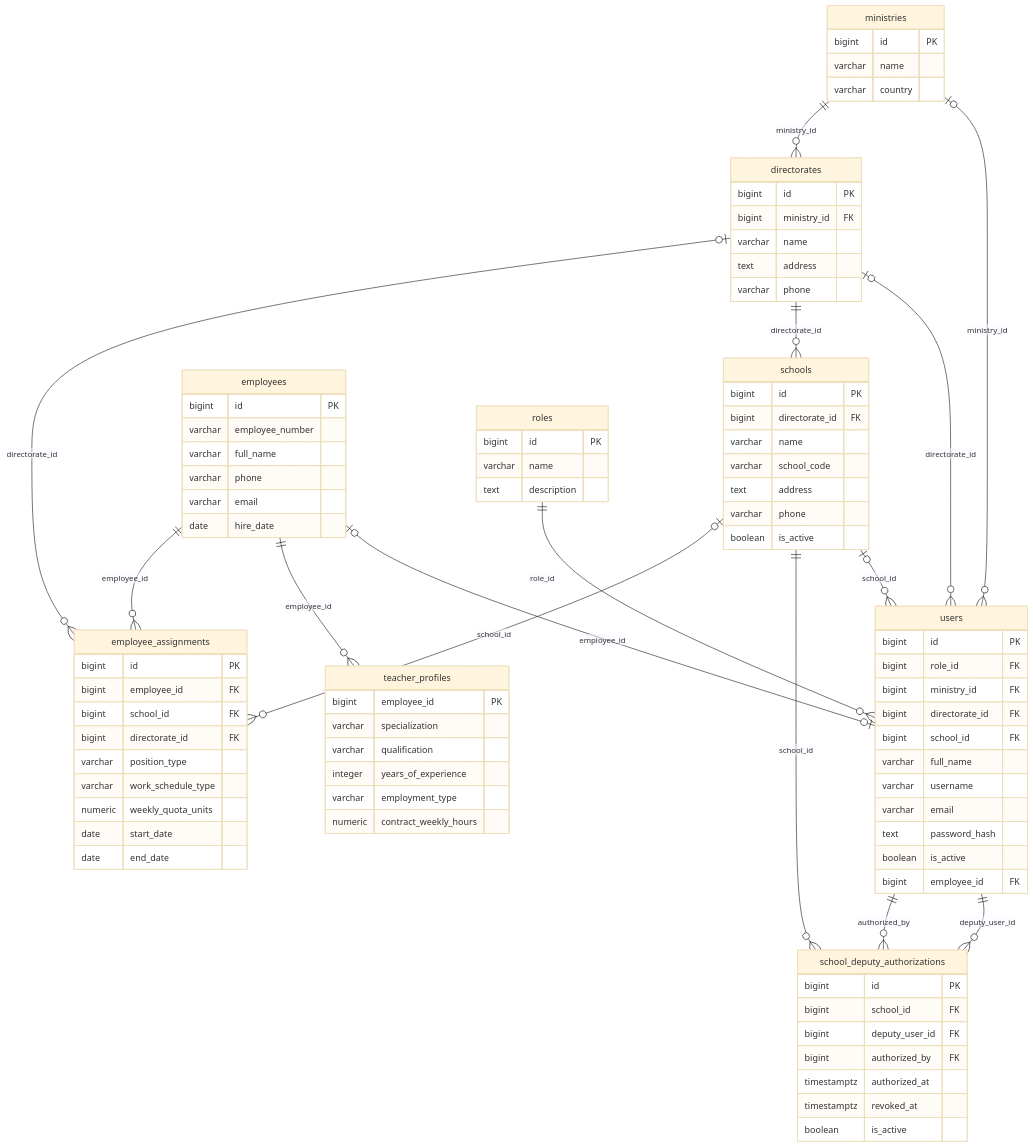
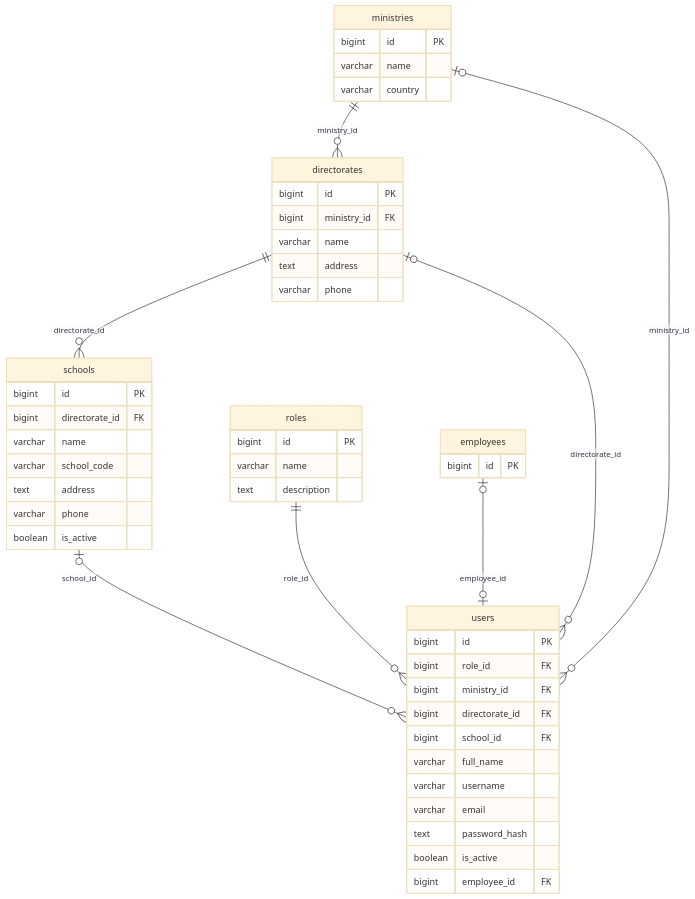
The diagram in docs/diagrams/src/erd_1_organisation.mmd (maroonnnn/school-management-system), drawn with Mermaid (base theme) before and after one commit. The commit also changed 52 other files, not shown here.

```diff
--- a/docs/diagrams/src/erd_1_organisation.mmd
+++ b/docs/diagrams/src/erd_1_organisation.mmd
@@ -1,90 +1,50 @@
 erDiagram
-  directorates |o--o{ employee_assignments : directorate_id
-  schools |o--o{ employee_assignments : school_id
-  employees ||--o{ employee_assignments : employee_id
   ministries ||--o{ directorates : ministry_id
   directorates ||--o{ schools : directorate_id
-  employees ||--o{ teacher_profiles : employee_id
   roles ||--o{ users : role_id
-  users ||--o{ school_deputy_authorizations : authorized_by
-  users ||--o{ school_deputy_authorizations : deputy_user_id
-  schools ||--o{ school_deputy_authorizations : school_id
   directorates |o--o{ users : directorate_id
   employees |o--o| users : employee_id
   ministries |o--o{ users : ministry_id
   schools |o--o{ users : school_id
   ministries {
     bigint id PK
     varchar name
     varchar country
   }
   directorates {
     bigint id PK
     bigint ministry_id FK
     varchar name
     text address
     varchar phone
   }
   schools {
     bigint id PK
     bigint directorate_id FK
     varchar name
     varchar school_code
     text address
     varchar phone
     boolean is_active
   }
   roles {
     bigint id PK
     varchar name
     text description
   }
   users {
     bigint id PK
     bigint role_id FK
     bigint ministry_id FK
     bigint directorate_id FK
     bigint school_id FK
     varchar full_name
     varchar username
     varchar email
     text password_hash
     boolean is_active
     bigint employee_id FK
   }
   employees {
     bigint id PK
-    varchar employee_number
-    varchar full_name
-    varchar phone
-    varchar email
-    date hire_date
   }
-  employee_assignments {
-    bigint id PK
-    bigint employee_id FK
-    bigint school_id FK
-    bigint directorate_id FK
-    varchar position_type
-    varchar work_schedule_type
-    numeric weekly_quota_units
-    date start_date
-    date end_date
-  }
-  teacher_profiles {
-    bigint employee_id PK
-    varchar specialization
-    varchar qualification
-    integer years_of_experience
-    varchar employment_type
-    numeric contract_weekly_hours
-  }
-  school_deputy_authorizations {
-    bigint id PK
-    bigint school_id FK
-    bigint deputy_user_id FK
-    bigint authorized_by FK
-    timestamptz authorized_at
-    timestamptz revoked_at
-    boolean is_active
-  }
```
